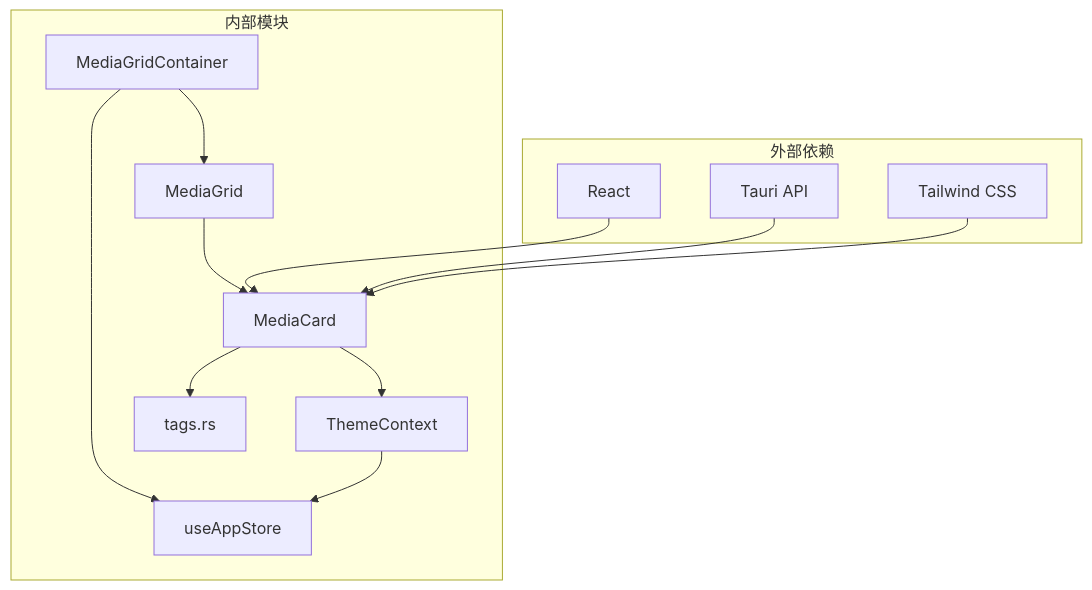
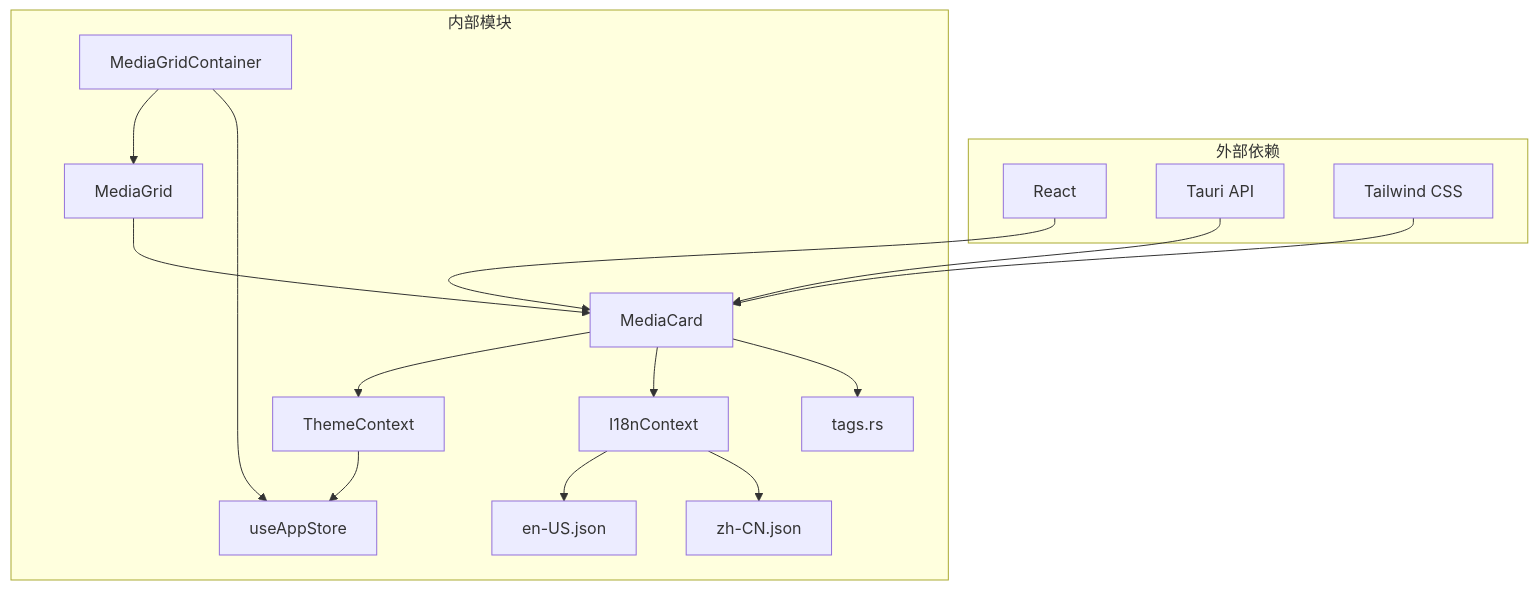
One commit to YLee9527/Medex changed the seventh of 8 diagrams in repowiki/zh/content/UI 组件/核心组件/MediaCard 媒体卡片组件.md. Above: the diagram before and after it, drawn with Mermaid. The commit also changed other lines of this file and 13 other files, not shown here.

````diff
--- a/repowiki/zh/content/UI 组件/核心组件/MediaCard 媒体卡片组件.md
+++ b/repowiki/zh/content/UI 组件/核心组件/MediaCard 媒体卡片组件.md
@@ -348,25 +413,31 @@
 ```mermaid
 graph TB
 subgraph "外部依赖"
 React[React]
 Tauri[Tauri API]
 Tailwind[Tailwind CSS]
 end
 subgraph "内部模块"
 MediaCard[MediaCard]
 MediaGrid[MediaGrid]
 MediaGridContainer[MediaGridContainer]
 ThemeContext[ThemeContext]
+I18nContext[I18nContext]
 useAppStore[useAppStore]
 tagsService[tags.rs]
+enUS[en-US.json]
+zhCN[zh-CN.json]
 end
 React --> MediaCard
 Tauri --> MediaCard
 Tailwind --> MediaCard
 MediaGridContainer --> MediaGrid
 MediaGrid --> MediaCard
 MediaCard --> ThemeContext
+MediaCard --> I18nContext
 MediaGridContainer --> useAppStore
 MediaCard --> tagsService
 ThemeContext --> useAppStore
+I18nContext --> enUS
+I18nContext --> zhCN
 ```
````
